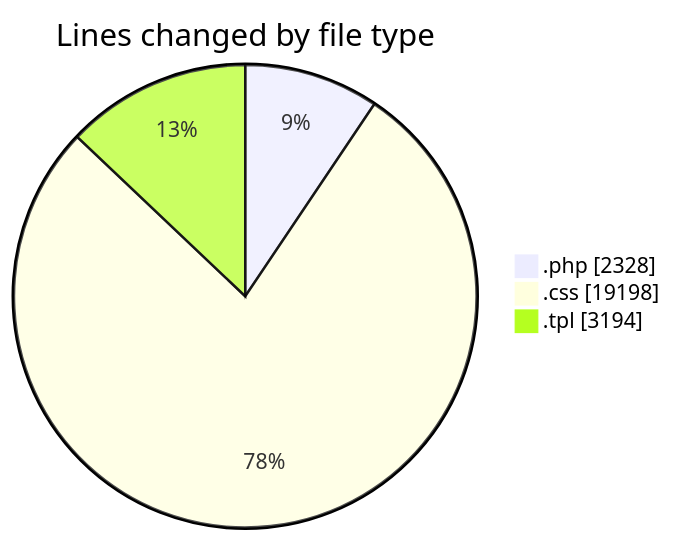
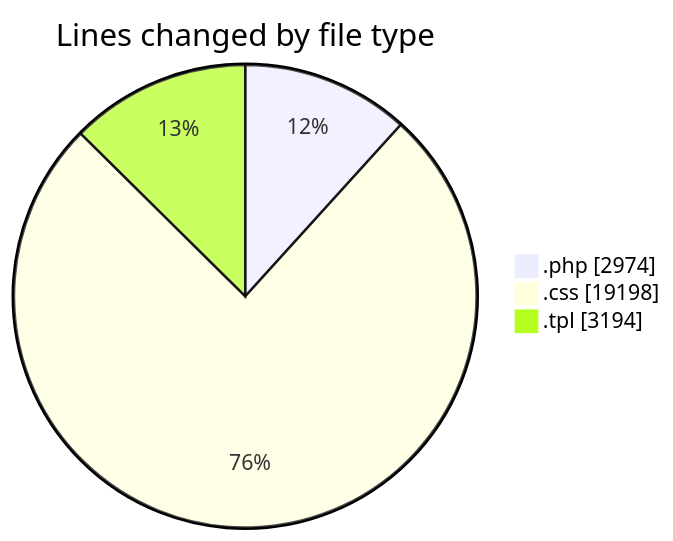
One commit to vahidmafi/code-tracking changed the first of 2 diagrams in 2025-03-23/zeytoon/README.md. Above: the diagram before and after it, drawn with Mermaid. The commit also changed other lines of this file and 1 other file, not shown here.

````diff
--- a/2025-03-23/zeytoon/README.md
+++ b/2025-03-23/zeytoon/README.md
@@ -27,7 +28,7 @@
 ```mermaid
 pie showData
 title Lines changed by file type
-".php" : 2328
+".php" : 2974
 ".css" : 19198
 ".tpl" : 3194
 ```
````
